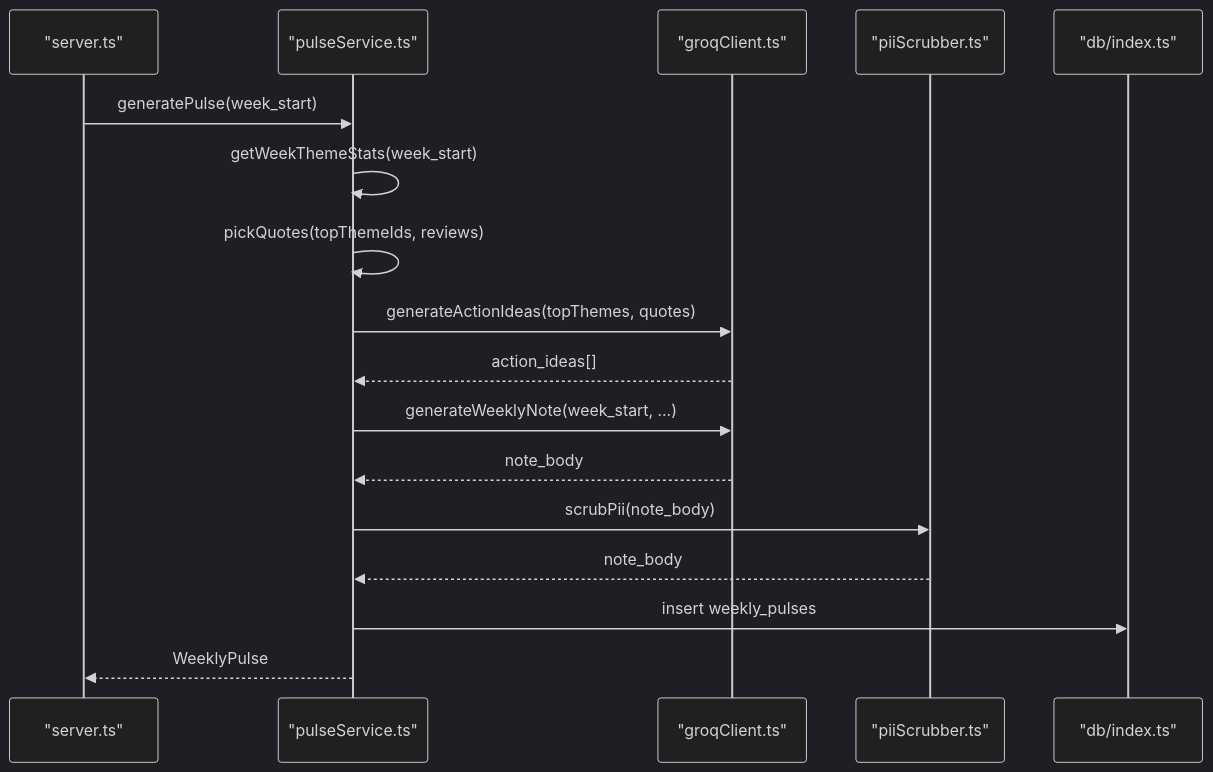
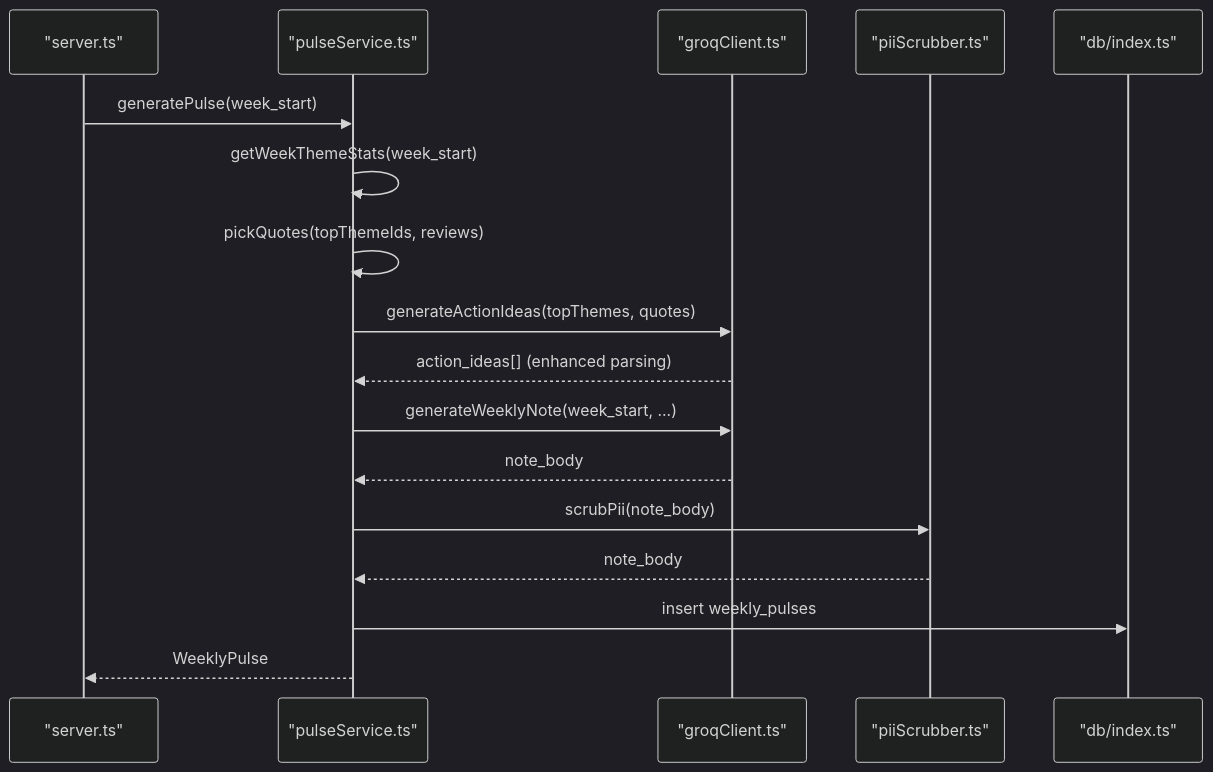
The seventh of 13 diagrams in .qoder/repowiki/en/content/Phase 2_ Advanced Analytics & Automation/Phase 2_ Advanced Analytics & Automation.md (aravinthraj-ramalingam/Groww-App-Review-Insights-Analyzer-), drawn with Mermaid (dark theme) before and after one commit. The commit also changed other lines of this file and 5 other files, not shown here.

````diff
--- a/.qoder/repowiki/en/content/Phase 2_ Advanced Analytics & Automation/Phase 2_ Advanced Analytics & Automation.md
+++ b/.qoder/repowiki/en/content/Phase 2_ Advanced Analytics & Automation/Phase 2_ Advanced Analytics & Automation.md
@@ -288,19 +360,19 @@
 ```mermaid
 sequenceDiagram
 participant API as "server.ts"
 participant Pulse as "pulseService.ts"
 participant Groq as "groqClient.ts"
 participant Scrub as "piiScrubber.ts"
 participant DB as "db/index.ts"
 API->>Pulse : generatePulse(week_start)
 Pulse->>Pulse : getWeekThemeStats(week_start)
 Pulse->>Pulse : pickQuotes(topThemeIds, reviews)
 Pulse->>Groq : generateActionIdeas(topThemes, quotes)
-Groq-->>Pulse : action_ideas[]
+Groq-->>Pulse : action_ideas[] (enhanced parsing)
 Pulse->>Groq : generateWeeklyNote(week_start, ...)
 Groq-->>Pulse : note_body
 Pulse->>Scrub : scrubPii(note_body)
 Scrub-->>Pulse : note_body
 Pulse->>DB : insert weekly_pulses
 Pulse-->>API : WeeklyPulse
 ```
````
